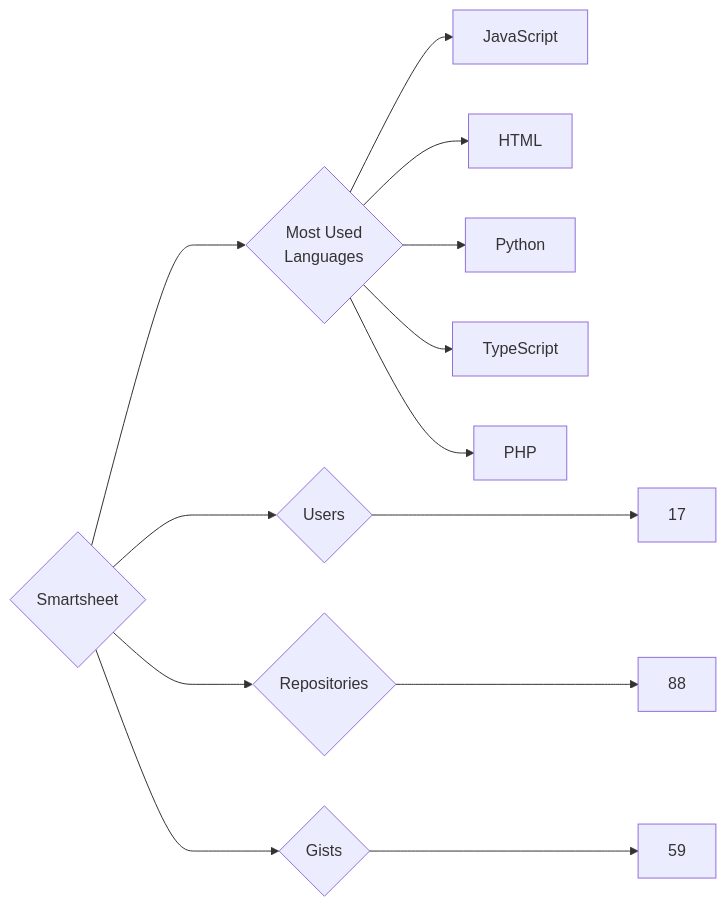
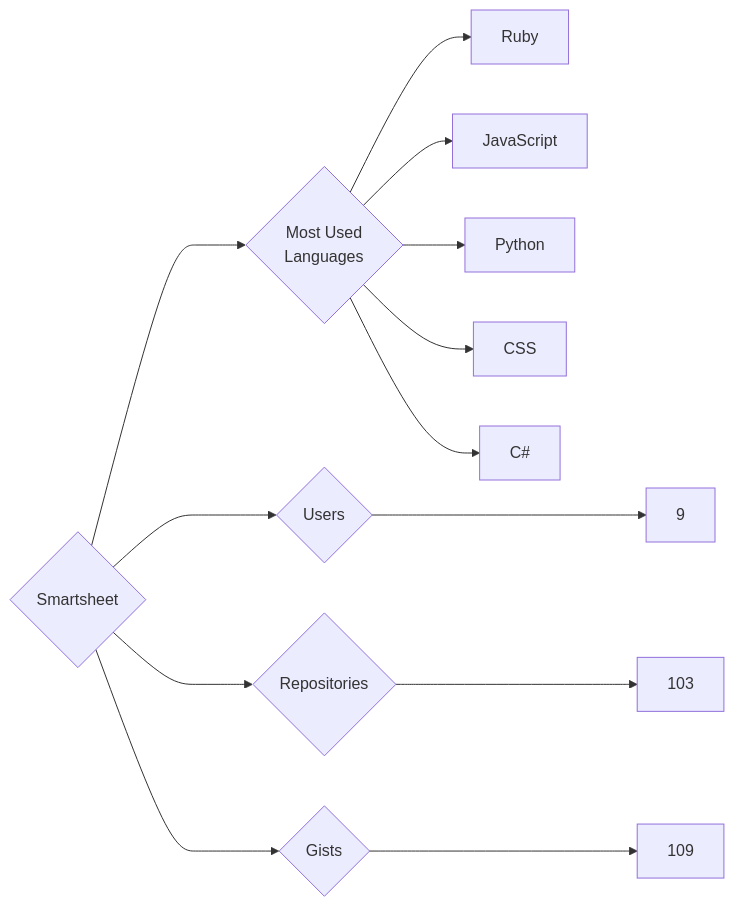
One commit to trickest/insiders changed the diagram in targets/Smartsheet/README.md. Above: the diagram before and after it, drawn with Mermaid. The commit also changed 1696 other files, not shown here.

````diff
--- a/targets/Smartsheet/README.md
+++ b/targets/Smartsheet/README.md
@@ -3,13 +3,13 @@
 ```mermaid
 graph LR
 COMPANY_NAME{Smartsheet}
-COMPANY_NAME ---> U{Users} ---> UN[17]
-COMPANY_NAME ---> R{Repositories} ---> RN[88]
-COMPANY_NAME ---> G{Gists} ---> GN[59]
+COMPANY_NAME ---> U{Users} ---> UN[9]
+COMPANY_NAME ---> R{Repositories} ---> RN[103]
+COMPANY_NAME ---> G{Gists} ---> GN[109]
 COMPANY_NAME ---> ML{Most Used<br>Languages}
+ML --> Ruby[Ruby]
 ML --> JavaScript[JavaScript]
-ML --> HTML[HTML]
 ML --> Python[Python]
-ML --> TypeScript[TypeScript]
-ML --> PHP[PHP]
+ML --> CSS[CSS]
+ML --> C#[C#]
 ```
````
